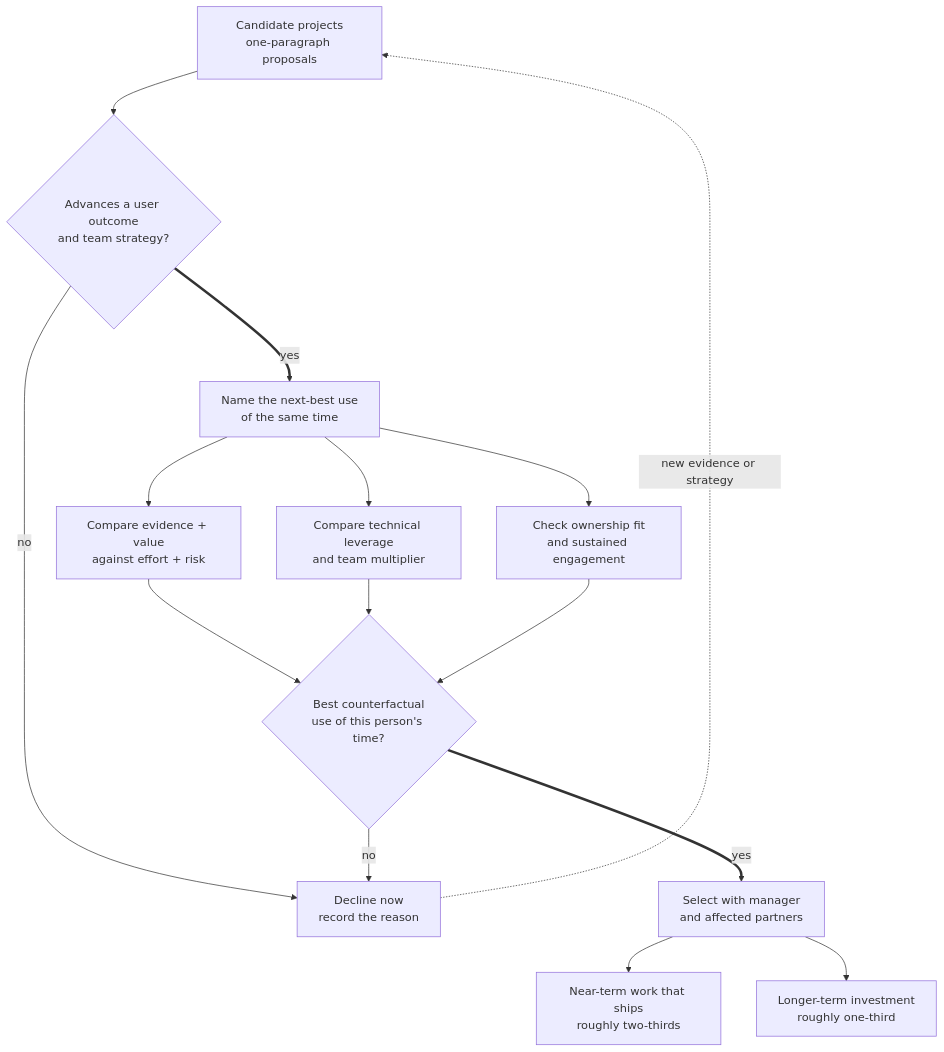
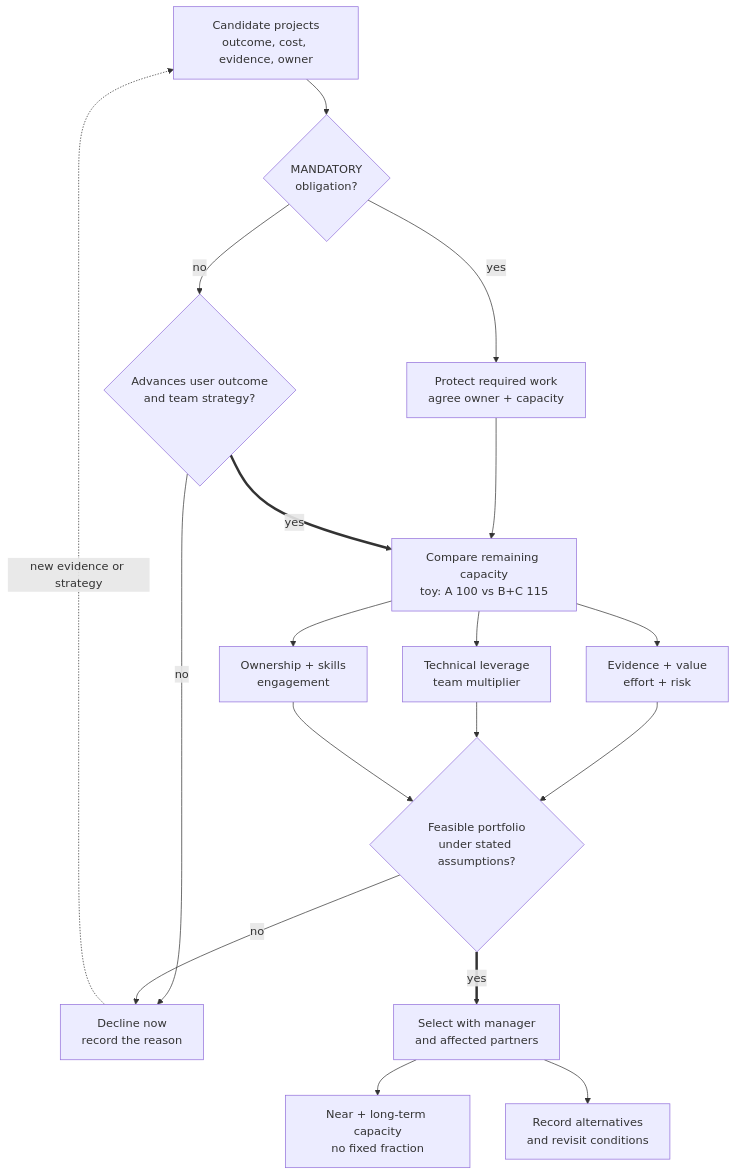
One commit to mlmentorship/mlmentorship.github.io changed the diagram in src/content/posts/2025-10-11-decide-what-to-work-on.md. Above: the diagram before and after it, drawn with Mermaid. The commit also changed other lines of this file and 258 other files, not shown here.

````diff
--- a/src/content/posts/2025-10-11-decide-what-to-work-on.md
+++ b/src/content/posts/2025-10-11-decide-what-to-work-on.md
@@ -50,25 +30,28 @@
 ```mermaid
 flowchart TB
 	accTitle: A counterfactual process for choosing a portfolio of work
-	accDescr: Candidate projects first pass user-value and strategic-alignment gates. Surviving proposals are compared with the next-best use of the same time using evidence, effort, technical and team leverage, ownership fit, and engagement. Selected work enters a deliberate mix of near-term delivery and longer-term investment; declined work keeps a written rationale and can return when evidence or strategy changes.
-	A["Candidate projects<br/>one-paragraph proposals"] --> B{"Advances a user outcome<br/>and team strategy?"}
+	accDescr: Protect mandatory obligations and deduct their capacity before comparing optional work. In the separate four-week exercise all projects are optional: A costs four weeks for 100 modeled units; B and C cost two weeks each for 60 and 55. Their feasible combined value is 115. Dependencies, ownership, uncertainty and strategy can change the choice. Record selected and declined alternatives, near and long-term capacity and revisit evidence without imposing a fixed allocation fraction.
+	A["Candidate projects<br/>outcome, cost, evidence, owner"] --> Obligation{"MANDATORY<br/>obligation?"}
+	Obligation -->|"yes"| Protect["Protect required work<br/>agree owner + capacity"]
+	Protect --> D
+	Obligation -->|"no"| B{"Advances user outcome<br/>and team strategy?"}
 	B -->|"no"| C["Decline now<br/>record the reason"]
-	B ==>|"yes"| D["Name the next-best use<br/>of the same time"]
-	D --> E["Compare evidence + value<br/>against effort + risk"]
-	D --> F["Compare technical leverage<br/>and team multiplier"]
-	D --> G["Check ownership fit<br/>and sustained engagement"]
-	E --> H{"Best counterfactual<br/>use of this person's time?"}
+	B ==>|"yes"| D["Compare remaining capacity<br/>toy: A 100 vs B+C 115"]
+	D --> E["Evidence + value<br/>effort + risk"]
+	D --> F["Technical leverage<br/>team multiplier"]
+	D --> G["Ownership + skills<br/>engagement"]
+	E --> H{"Feasible portfolio<br/>under stated assumptions?"}
 	F --> H
 	G --> H
 	H -->|"no"| C
 	H ==>|"yes"| I["Select with manager<br/>and affected partners"]
-	I --> J["Near-term work that ships<br/>roughly two-thirds"]
-	I --> K["Longer-term investment<br/>roughly one-third"]
+	I --> J["Near + long-term capacity<br/>no fixed fraction"]
+	I --> K["Record alternatives<br/>and revisit conditions"]
 	C -. "new evidence or strategy" .-> A
 	class A,D viz-input
-	class B,H viz-focus
+	class Obligation,B,H viz-focus
 	class C viz-warning
-	class I,J,K viz-output
+	class Protect,I,J,K viz-output
 	class E,F,G viz-state
 	class A viz-wide
 ```
````
